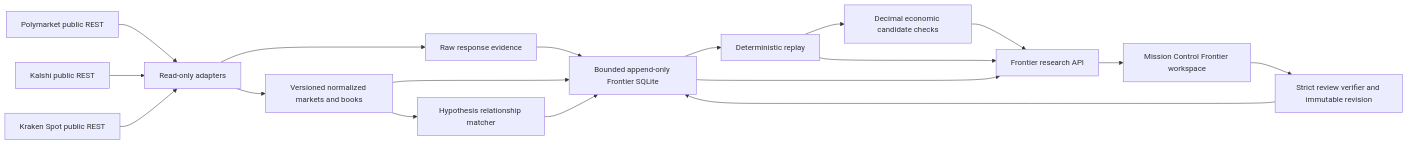
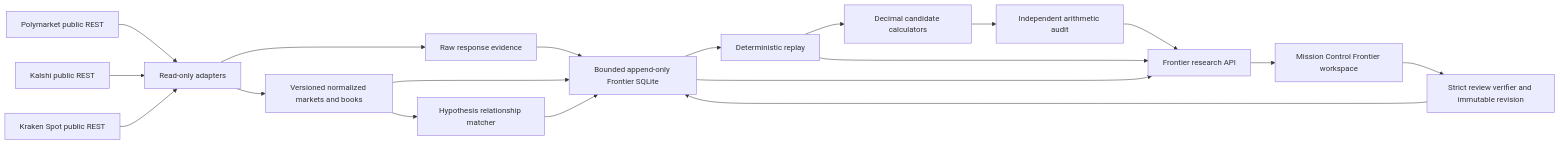
Before and after one commit to Charlemagne404/midas: the second of 2 diagrams in docs/ARCHITECTURE.md, drawn with Mermaid. The commit also changed other lines of this file and 4 other files, not shown here.

Commit message:
docs(frontier): document independent economic audit

````diff
--- a/docs/ARCHITECTURE.md
+++ b/docs/ARCHITECTURE.md
@@ -128,20 +136,21 @@
 ```mermaid
 flowchart LR
   P[Polymarket public REST] --> A[Read-only adapters]
   K[Kalshi public REST] --> A
   S[Kraken Spot public REST] --> A
   A --> N[Versioned normalized markets and books]
   A --> R[Raw response evidence]
   N --> G[Hypothesis relationship matcher]
   R --> D[Bounded append-only Frontier SQLite]
   N --> D
   G --> D
   UI --> H[Strict review verifier and immutable revision]
   H --> D
   D --> X[Deterministic replay]
-  X --> E[Decimal economic candidate checks]
-  E --> API
+  X --> E[Decimal candidate calculators]
+  E --> IA[Independent arithmetic audit]
+  IA --> API
   X --> API[Frontier research API]
   D --> API
   API --> UI[Mission Control Frontier workspace]
 ```
````
